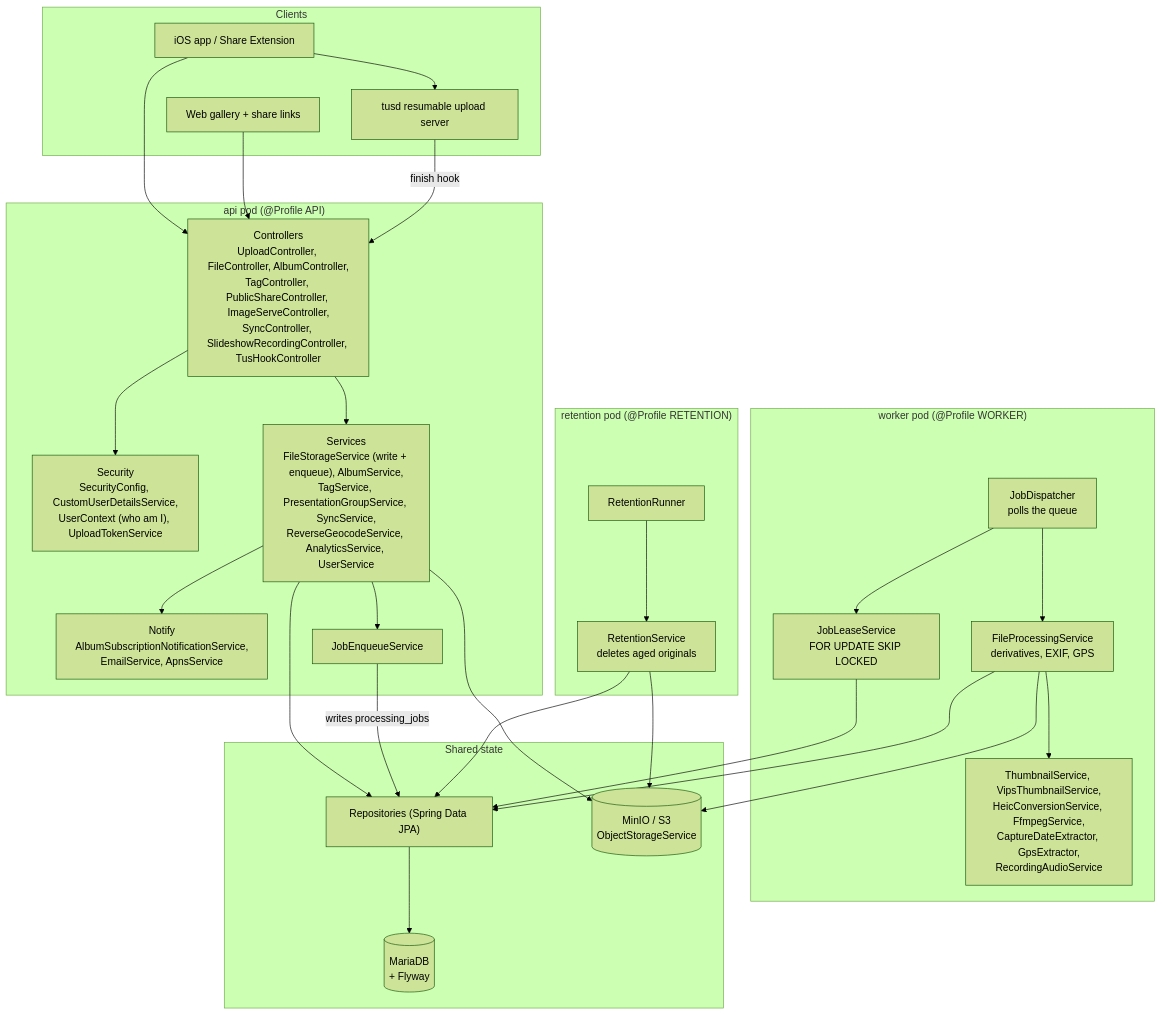
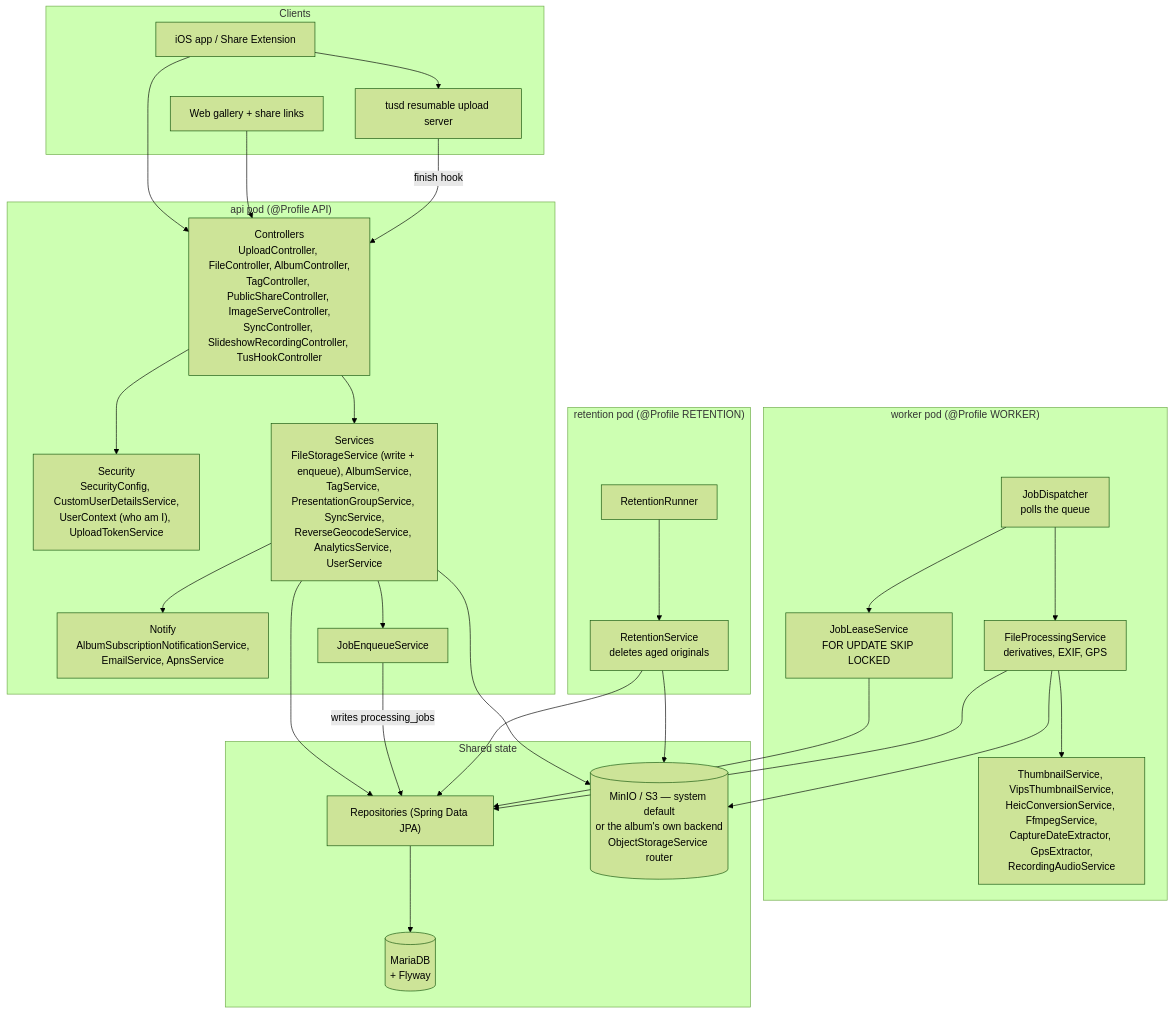
Before and after one commit to oglimmer/picz2: the first of 3 diagrams in server/README.md, drawn with Mermaid (forest theme). The commit also changed other lines of this file and 8 other files, not shown here.

````diff
--- a/server/README.md
+++ b/server/README.md
@@ -35,56 +35,56 @@
 ```mermaid
 flowchart TB
     subgraph clients[Clients]
         ios[iOS app / Share Extension]
         web[Web gallery + share links]
         tusd[tusd resumable upload server]
     end
 
     subgraph api["api pod (@Profile API)"]
         ctrl["Controllers<br/>UploadController, FileController, AlbumController,<br/>TagController, PublicShareController, ImageServeController,<br/>SyncController, SlideshowRecordingController, TusHookController"]
         sec["Security<br/>SecurityConfig, CustomUserDetailsService,<br/>UserContext (who am I), UploadTokenService"]
         svc["Services<br/>FileStorageService (write + enqueue), AlbumService,<br/>TagService, PresentationGroupService, SyncService,<br/>ReverseGeocodeService, AnalyticsService, UserService"]
         notif["Notify<br/>AlbumSubscriptionNotificationService,<br/>EmailService, ApnsService"]
         enq[JobEnqueueService]
     end
 
     subgraph worker["worker pod (@Profile WORKER)"]
         disp["JobDispatcher<br/>polls the queue"]
         lease["JobLeaseService<br/>FOR UPDATE SKIP LOCKED"]
         proc["FileProcessingService<br/>derivatives, EXIF, GPS"]
         tools["ThumbnailService, VipsThumbnailService,<br/>HeicConversionService, FfmpegService,<br/>CaptureDateExtractor, GpsExtractor,<br/>RecordingAudioService"]
     end
 
     subgraph ret["retention pod (@Profile RETENTION)"]
         rrun[RetentionRunner]
         rsvc["RetentionService<br/>deletes aged originals"]
     end
 
     subgraph data[Shared state]
         repo["Repositories (Spring Data JPA)"]
         db[(MariaDB<br/>+ Flyway)]
-        s3[(MinIO / S3<br/>ObjectStorageService)]
+        s3[(MinIO / S3 — system default<br/>or the album's own backend<br/>ObjectStorageService router)]
     end
 
     ios --> ctrl
     web --> ctrl
     ios --> tusd
     tusd -->|finish hook| ctrl
     ctrl --> sec
     ctrl --> svc
     svc --> enq
     svc --> notif
     svc --> repo
     enq -->|writes processing_jobs| repo
     disp --> lease
     lease --> repo
     disp --> proc
     proc --> tools
     proc --> repo
     rrun --> rsvc
     rsvc --> repo
     repo --> db
     svc --> s3
     proc --> s3
     rsvc --> s3
 ```
````
